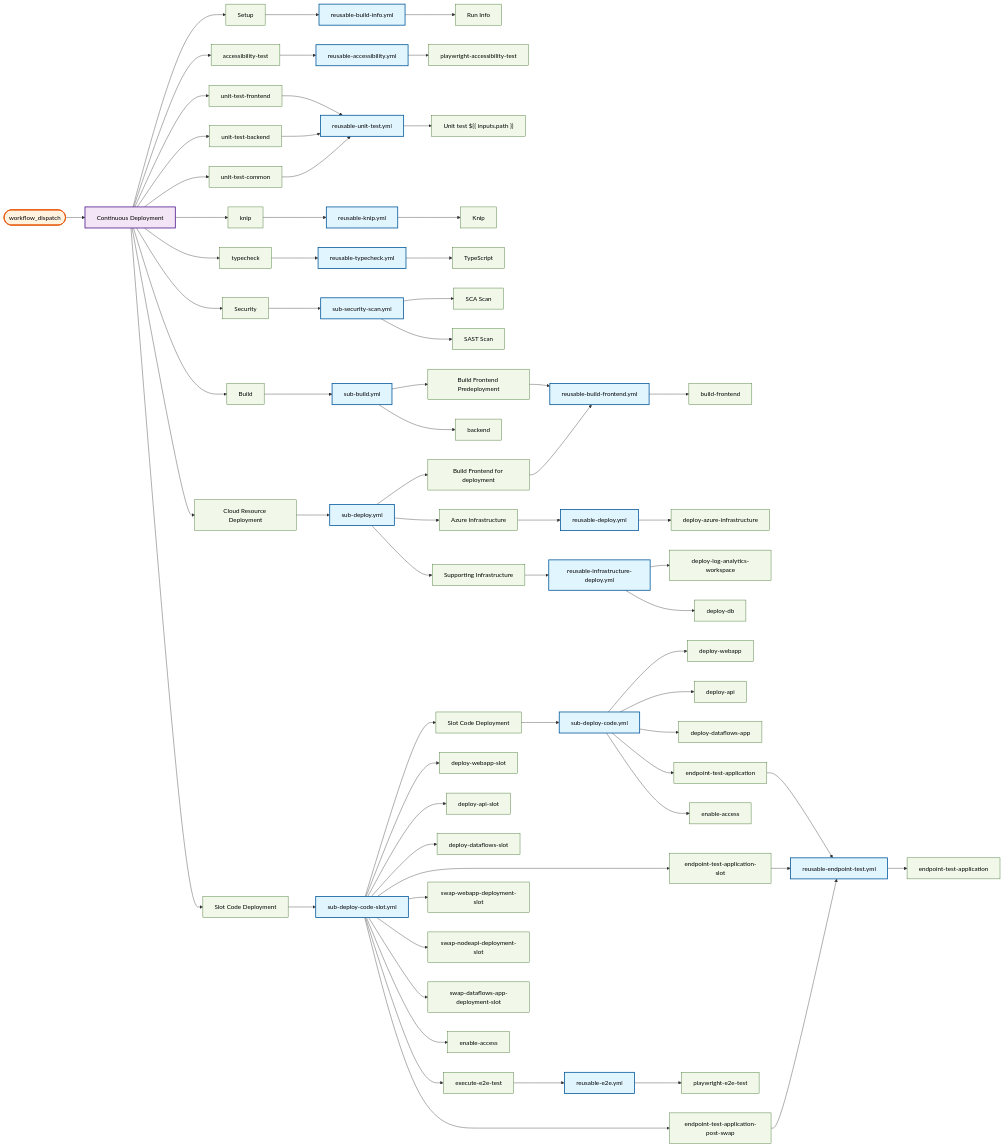
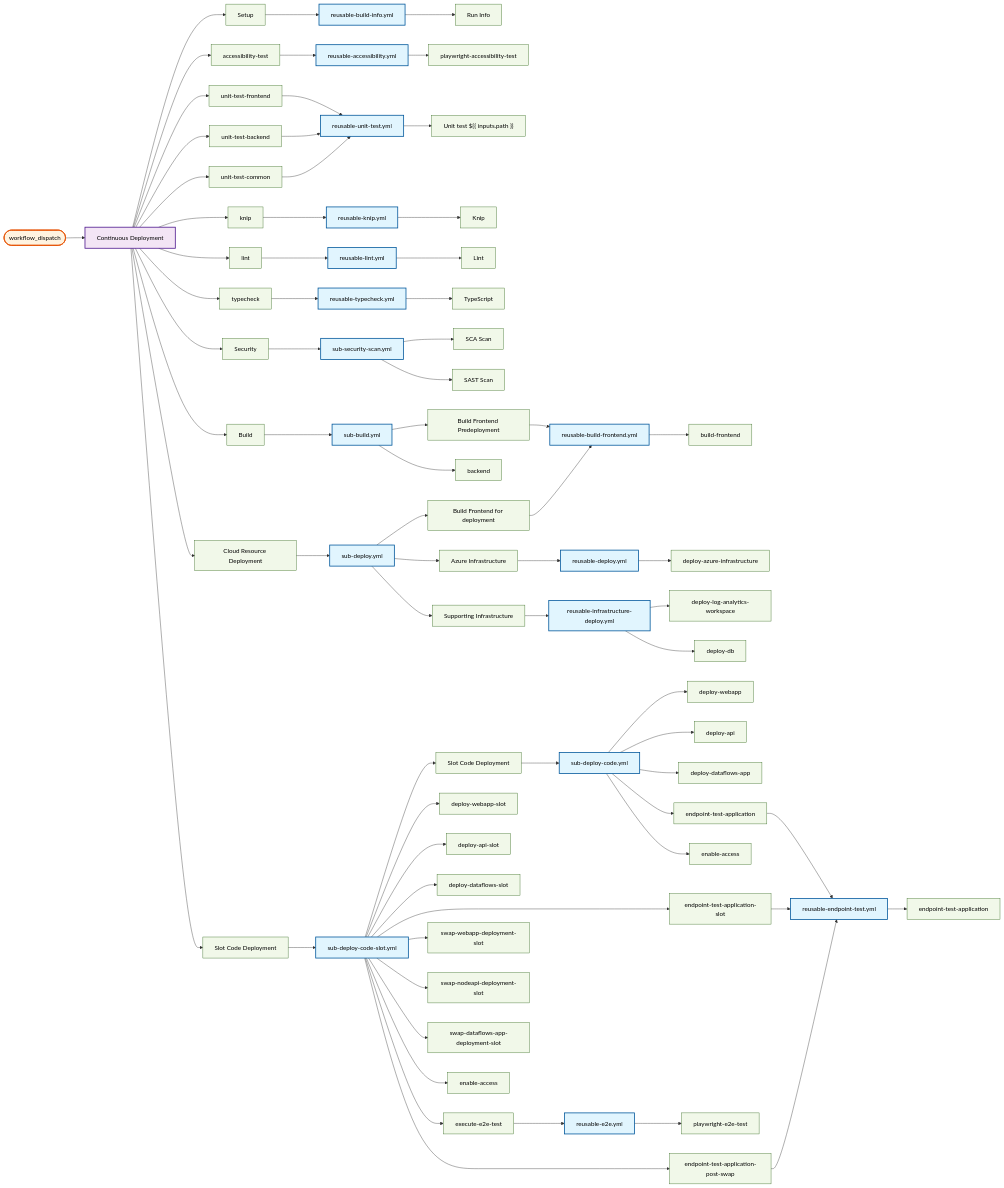
Before and after one commit to US-Trustee-Program/Bankruptcy-Oversight-Support-Systems: diagram 13 of 25 in docs/operations/workflow-diagram.md, drawn with Mermaid. The commit also changed other lines of this file and 2 other files, not shown here.

First line of the commit message:
Add reusable ESLint lint job to CI pipeline

```diff
--- a/docs/operations/workflow-diagram.md
+++ b/docs/operations/workflow-diagram.md
@@ -753,6 +768,9 @@
     continuous_deployment_yml_knip["knip"]
     reusable_knip_yml["reusable-knip.yml"]
     reusable_knip_yml_knip["Knip"]
+    continuous_deployment_yml_lint["lint"]
+    reusable_lint_yml["reusable-lint.yml"]
+    reusable_lint_yml_lint["Lint"]
     continuous_deployment_yml_typecheck["typecheck"]
     reusable_typecheck_yml["reusable-typecheck.yml"]
     reusable_typecheck_yml_typecheck["TypeScript"]
@@ -817,6 +835,9 @@
     continuous_deployment_yml --> continuous_deployment_yml_knip
     reusable_knip_yml --> reusable_knip_yml_knip
     continuous_deployment_yml_knip --> reusable_knip_yml
+    continuous_deployment_yml --> continuous_deployment_yml_lint
+    reusable_lint_yml --> reusable_lint_yml_lint
+    continuous_deployment_yml_lint --> reusable_lint_yml
     continuous_deployment_yml --> continuous_deployment_yml_typecheck
     reusable_typecheck_yml --> reusable_typecheck_yml_typecheck
     continuous_deployment_yml_typecheck --> reusable_typecheck_yml
@@ -888,6 +909,9 @@
     class continuous_deployment_yml_knip job
     class reusable_knip_yml reusable
     class reusable_knip_yml_knip job
+    class continuous_deployment_yml_lint job
+    class reusable_lint_yml reusable
+    class reusable_lint_yml_lint job
     class continuous_deployment_yml_typecheck job
     class reusable_typecheck_yml reusable
     class reusable_typecheck_yml_typecheck job
```
